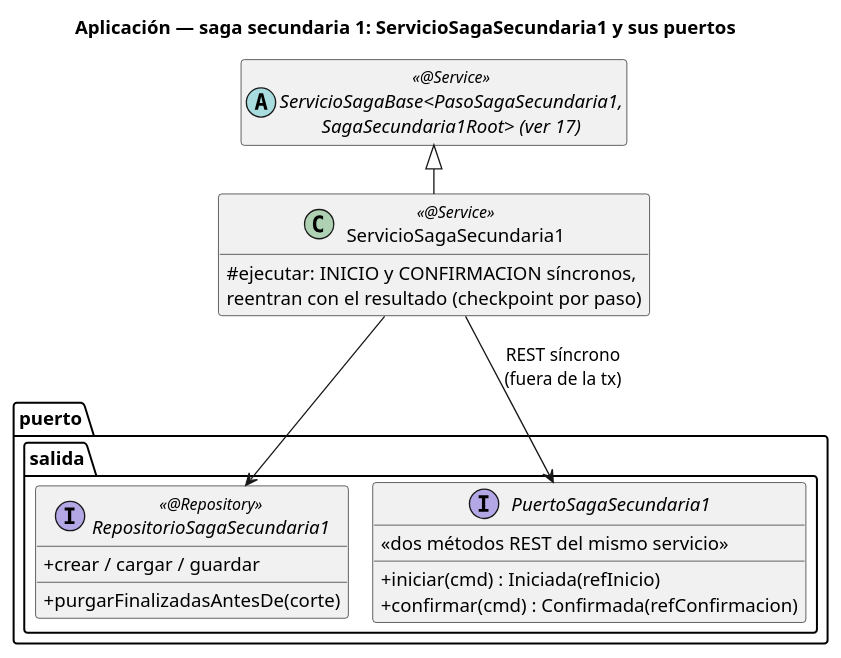
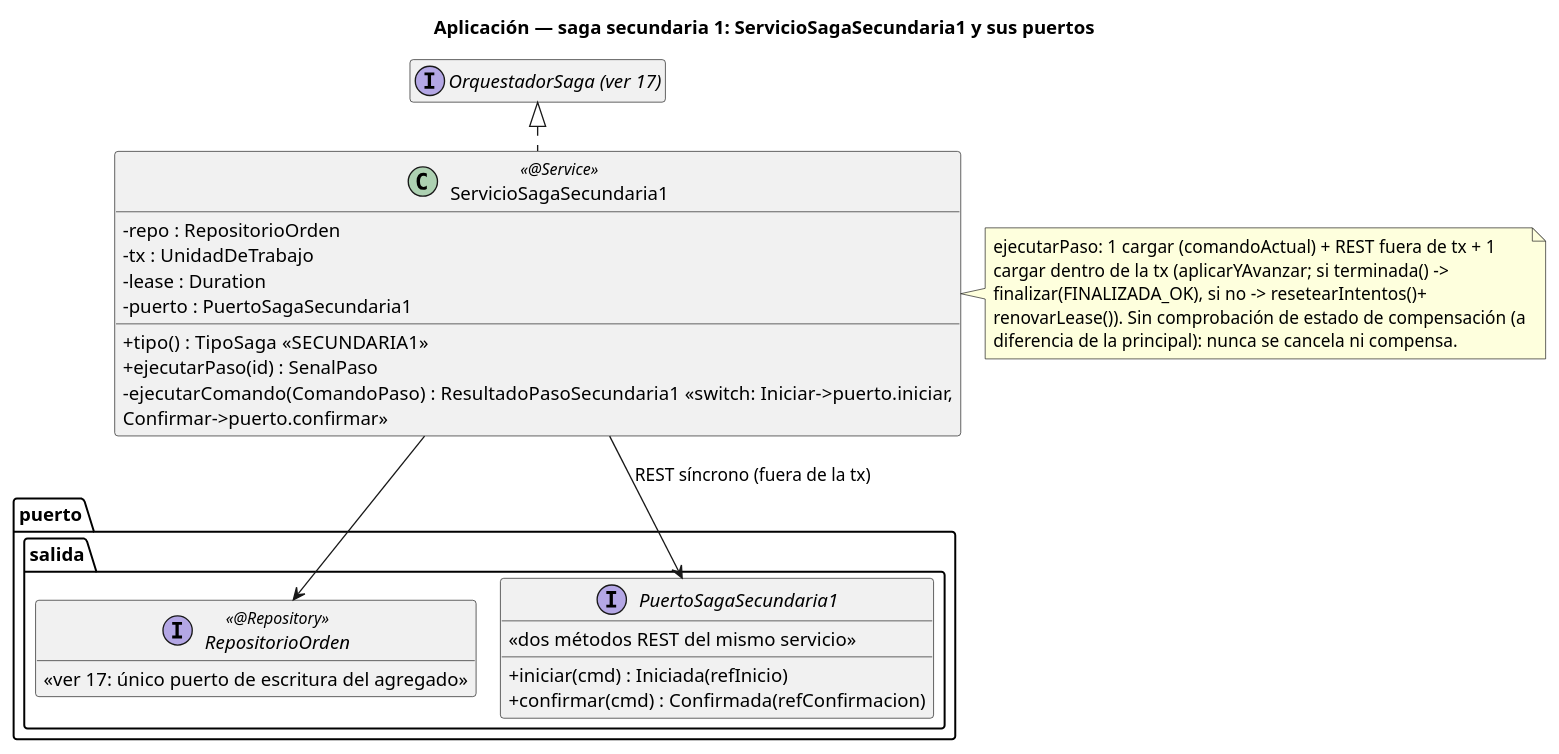
The diagram in order-manager/docs/19-clases-aplicacion-saga-secundaria1.puml (ralcazar/patrones), drawn with PlantUML before and after one commit. The commit also changed 45 other files, not shown here.

First line of the commit message:
Fase 5: diagramas de order-manager sincronizados con el agregado unico

```diff
--- a/order-manager/docs/19-clases-aplicacion-saga-secundaria1.puml
+++ b/order-manager/docs/19-clases-aplicacion-saga-secundaria1.puml
@@ -1,28 +1,40 @@
 @startuml 19-clases-aplicacion-saga-secundaria1
 title Aplicación — saga secundaria 1: ServicioSagaSecundaria1 y sus puertos
 !pragma layout smetana
 hide empty members
 skinparam classAttributeIconSize 0
 
-abstract class "ServicioSagaBase<PasoSagaSecundaria1,\nSagaSecundaria1Root> (ver 17)" as Base <<@Service>>
+interface "OrquestadorSaga (ver 17)" as Base
 
 class ServicioSagaSecundaria1 <<@Service>> {
-  #ejecutar: INICIO y CONFIRMACION síncronos,\nreentran con el resultado (checkpoint por paso)
+  -repo : RepositorioOrden
+  -tx : UnidadDeTrabajo
+  -lease : Duration
+  -puerto : PuertoSagaSecundaria1
+  +tipo() : TipoSaga  «SECUNDARIA1»
+  +ejecutarPaso(id) : SenalPaso
+  -ejecutarComando(ComandoPaso) : ResultadoPasoSecundaria1  «switch: Iniciar->puerto.iniciar,\nConfirmar->puerto.confirmar»
 }
+note right of ServicioSagaSecundaria1
+  ejecutarPaso: 1 cargar (comandoActual) + REST fuera de tx + 1
+  cargar dentro de la tx (aplicarYAvanzar; si terminada() ->
+  finalizar(FINALIZADA_OK), si no -> resetearIntentos()+
+  renovarLease()). Sin comprobación de estado de compensación (a
+  diferencia de la principal): nunca se cancela ni compensa.
+end note
 
 package "puerto.salida" {
-  interface RepositorioSagaSecundaria1 <<@Repository>> {
-    +crear / cargar / guardar
-    +purgarFinalizadasAntesDe(corte)
+  interface RepositorioOrden <<@Repository>> {
+    «ver 17: único puerto de escritura del agregado»
   }
   interface PuertoSagaSecundaria1 {
     +iniciar(cmd) : Iniciada(refInicio)
     +confirmar(cmd) : Confirmada(refConfirmacion)
     «dos métodos REST del mismo servicio»
   }
 }
 
-Base <|-down- ServicioSagaSecundaria1
-ServicioSagaSecundaria1 --> RepositorioSagaSecundaria1
-ServicioSagaSecundaria1 --> PuertoSagaSecundaria1 : REST síncrono\n(fuera de la tx)
+Base <|.. ServicioSagaSecundaria1
+ServicioSagaSecundaria1 --> RepositorioOrden
+ServicioSagaSecundaria1 --> PuertoSagaSecundaria1 : REST síncrono (fuera de la tx)
 @enduml
```
